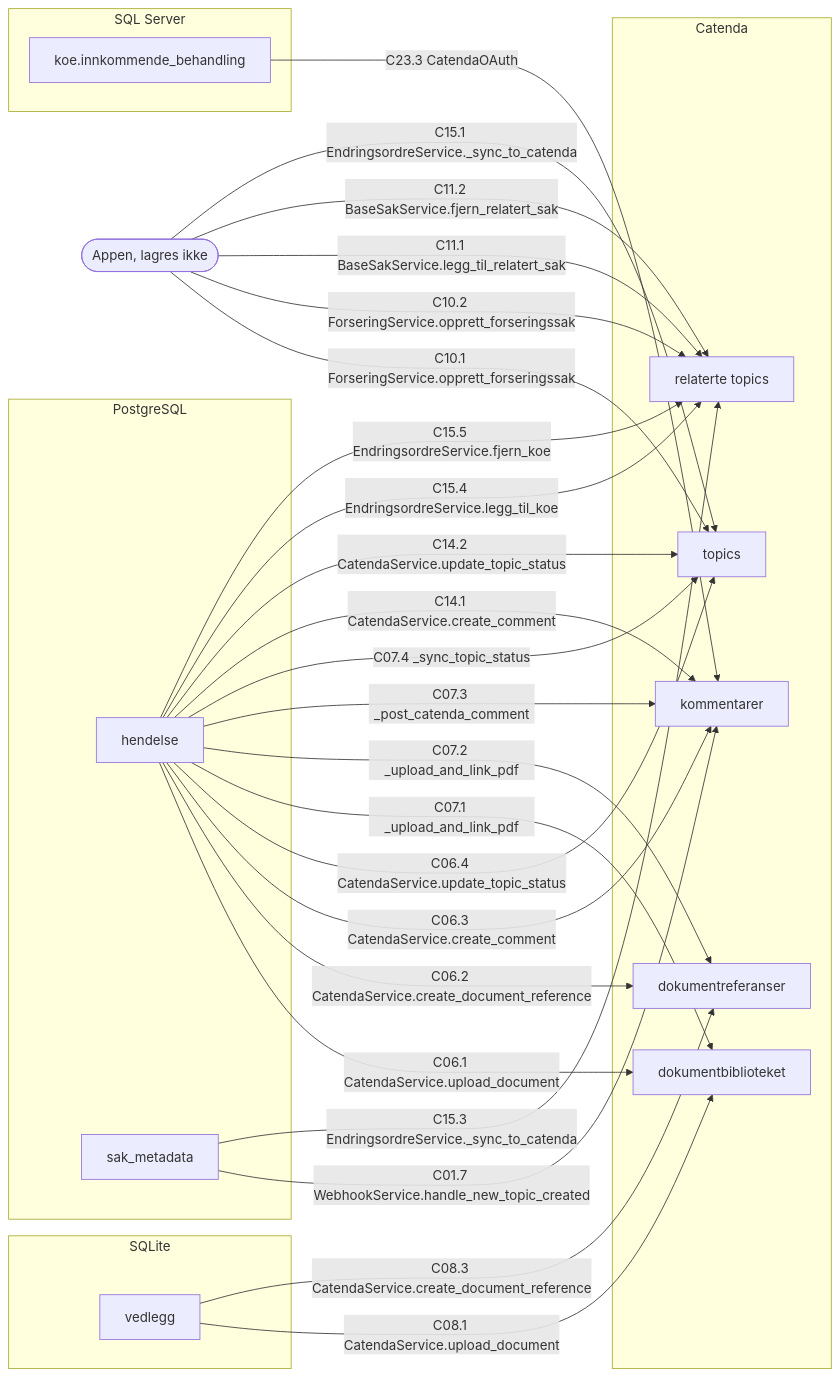
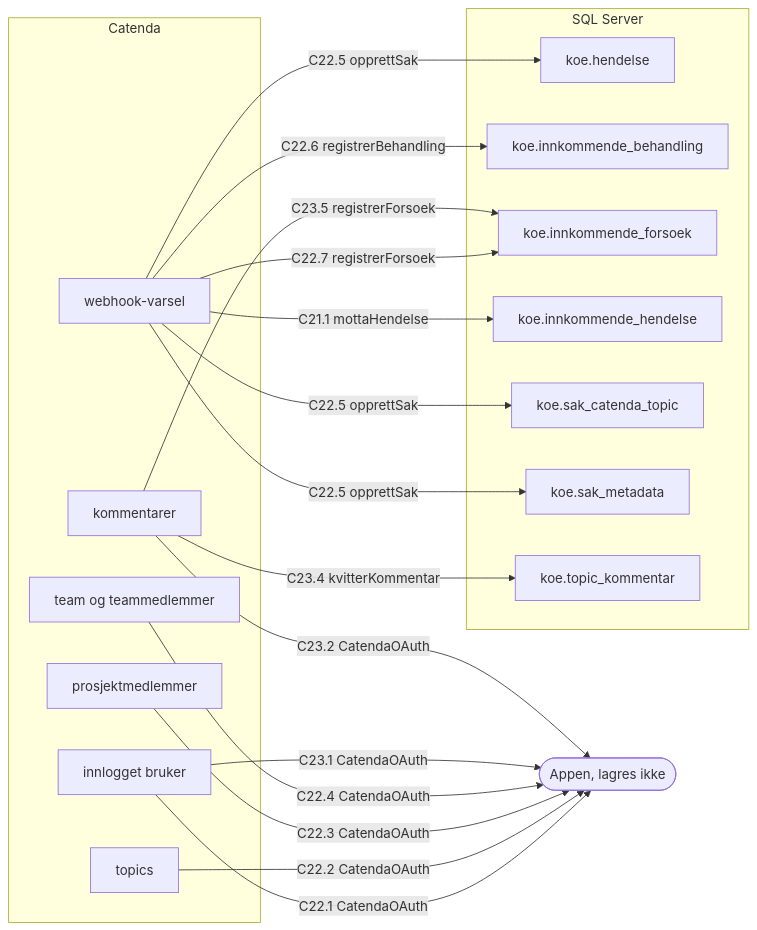
Before and after one commit to khjohns/endringsmeldinger: the second of 4 diagrams in docs/datamodell/relasjoner.md, drawn with Mermaid. The commit also changed other lines of this file and 37 other files, not shown here.

````diff
--- a/docs/datamodell/relasjoner.md
+++ b/docs/datamodell/relasjoner.md
@@ -839,43 +436,35 @@
 ```mermaid
 flowchart LR
     subgraph g0["Catenda"]
+        c_webhook["webhook-varsel"]
+        c_bruker["innlogget bruker"]
+        c_medlemmer["prosjektmedlemmer"]
+        c_team["team og teammedlemmer"]
         c_topic["topics"]
         c_kommentar["kommentarer"]
-        c_relasjon["relaterte topics"]
-        c_dokument["dokumentbiblioteket"]
-        c_dokumentreferanse["dokumentreferanser"]
     end
-    subgraph g1["PostgreSQL"]
-        t_hendelse["hendelse"]
-        t_sak_metadata["sak_metadata"]
-    end
-    subgraph g2["SQLite"]
-        t_vedlegg["vedlegg"]
-    end
-    subgraph g3["SQL Server"]
+    subgraph g1["SQL Server"]
+        t_koe_hendelse["koe.hendelse"]
         t_koe_innkommende_behandling["koe.innkommende_behandling"]
+        t_koe_innkommende_forsoek["koe.innkommende_forsoek"]
+        t_koe_innkommende_hendelse["koe.innkommende_hendelse"]
+        t_koe_sak_catenda_topic["koe.sak_catenda_topic"]
+        t_koe_sak_metadata["koe.sak_metadata"]
+        t_koe_topic_kommentar["koe.topic_kommentar"]
     end
     t_appen(["Appen, lagres ikke"])
-    t_sak_metadata -->|"C01.7 WebhookService.handle_new_topic_created"| c_kommentar
-    t_hendelse -->|"C06.1 CatendaService.upload_document"| c_dokument
-    t_hendelse -->|"C06.2 CatendaService.create_document_reference"| c_dokumentreferanse
-    t_hendelse -->|"C06.3 CatendaService.create_comment"| c_kommentar
-    t_hendelse -->|"C06.4 CatendaService.update_topic_status"| c_topic
-    t_hendelse -->|"C07.1 _upload_and_link_pdf"| c_dokument
-    t_hendelse -->|"C07.2 _upload_and_link_pdf"| c_dokumentreferanse
-    t_hendelse -->|"C07.3 _post_catenda_comment"| c_kommentar
-    t_hendelse -->|"C07.4 _sync_topic_status"| c_topic
-    t_vedlegg -->|"C08.1 CatendaService.upload_document"| c_dokument
-    t_vedlegg -->|"C08.3 CatendaService.create_document_reference"| c_dokumentreferanse
-    t_appen -->|"C10.1 ForseringService.opprett_forseringssak"| c_topic
-    t_appen -->|"C10.2 ForseringService.opprett_forseringssak"| c_relasjon
-    t_appen -->|"C11.1 BaseSakService.legg_til_relatert_sak"| c_relasjon
-    t_appen -->|"C11.2 BaseSakService.fjern_relatert_sak"| c_relasjon
-    t_hendelse -->|"C14.1 CatendaService.create_comment"| c_kommentar
-    t_hendelse -->|"C14.2 CatendaService.update_topic_status"| c_topic
-    t_appen -->|"C15.1 EndringsordreService._sync_to_catenda"| c_topic
-    t_sak_metadata -->|"C15.3 EndringsordreService._sync_to_catenda"| c_relasjon
-    t_hendelse -->|"C15.4 EndringsordreService.legg_til_koe"| c_relasjon
-    t_hendelse -->|"C15.5 EndringsordreService.fjern_koe"| c_relasjon
-    t_koe_innkommende_behandling -->|"C23.3 CatendaOAuth"| c_kommentar
+    c_webhook -->|"C21.1 mottaHendelse"| t_koe_innkommende_hendelse
+    c_bruker -->|"C22.1 CatendaOAuth"| t_appen
+    c_topic -->|"C22.2 CatendaOAuth"| t_appen
+    c_medlemmer -->|"C22.3 CatendaOAuth"| t_appen
+    c_team -->|"C22.4 CatendaOAuth"| t_appen
+    c_webhook -->|"C22.5 opprettSak"| t_koe_sak_metadata
+    c_webhook -->|"C22.5 opprettSak"| t_koe_hendelse
+    c_webhook -->|"C22.5 opprettSak"| t_koe_sak_catenda_topic
+    c_webhook -->|"C22.6 registrerBehandling"| t_koe_innkommende_behandling
+    c_webhook -->|"C22.7 registrerForsoek"| t_koe_innkommende_forsoek
+    c_bruker -->|"C23.1 CatendaOAuth"| t_appen
+    c_kommentar -->|"C23.2 CatendaOAuth"| t_appen
+    c_kommentar -->|"C23.4 kvitterKommentar"| t_koe_topic_kommentar
+    c_kommentar -->|"C23.5 registrerForsoek"| t_koe_innkommende_forsoek
 ```
````
